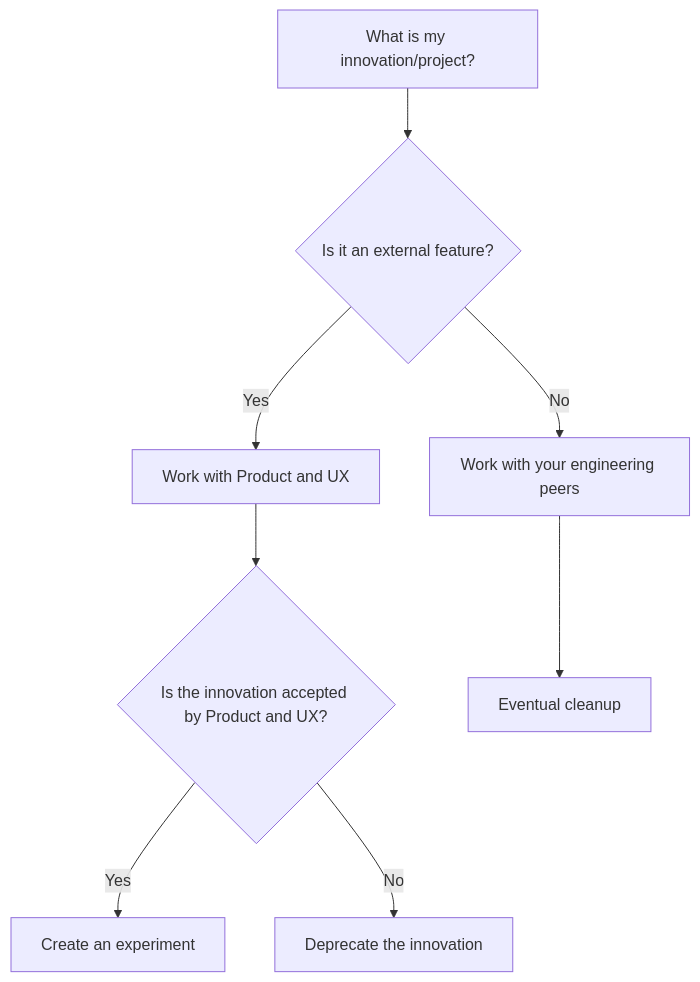
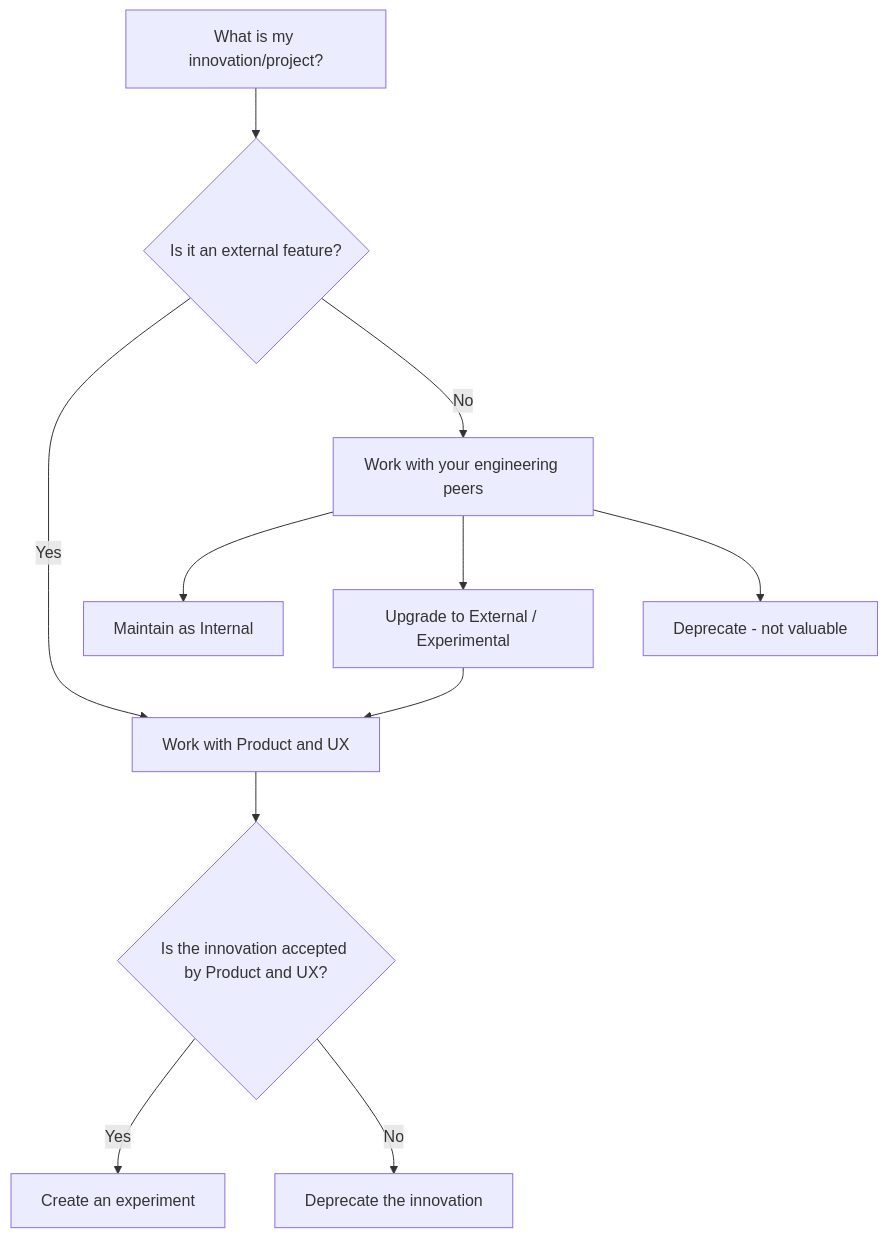
Before and after one commit to zalyoung/gitlab-handbook: the diagram in content/handbook/engineering/engineering-innovation.md, drawn with Mermaid.

Commit message:
update flow chart

````diff
--- a/content/handbook/engineering/engineering-innovation.md
+++ b/content/handbook/engineering/engineering-innovation.md
@@ -42,12 +42,16 @@
 ```mermaid
 flowchart TD
     A[What is my innovation/project?] --> B{Is it an external feature?}
     B -->|Yes| C[Work with Product and UX]
     B -->|No| D[Work with your engineering peers]
     
     C --> E{Is the innovation accepted by Product and UX?}
     E -->|Yes| F[Create an experiment]
     E -->|No| G[Deprecate the innovation]
     
-    D --> I[Eventual cleanup]
+    D --> J[Maintain as Internal]
+    D --> K[Upgrade to External / Experimental]
+    D --> I[Deprecate - not valuable]
+
+    K --> C
 ```
````
